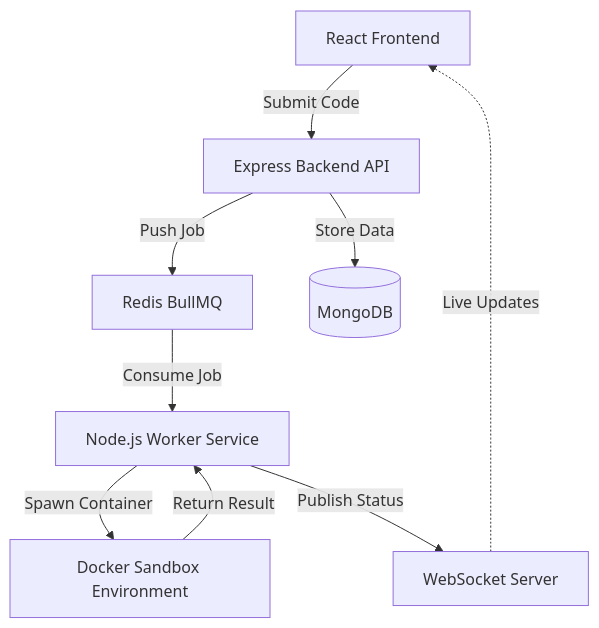
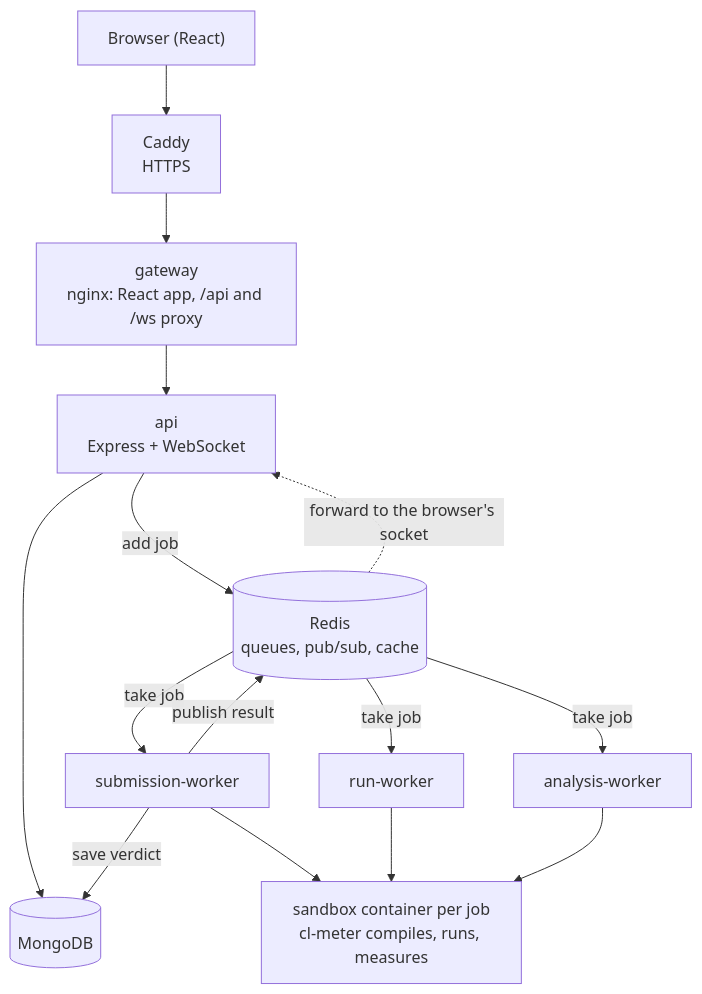
Before and after one commit to iujjwalrai/CodeLeet: the diagram in README.md, drawn with Mermaid. The commit also changed other lines of this file and 1 other file, not shown here.

````diff
--- a/README.md
+++ b/README.md
@@ -32,19 +53,26 @@
 ```mermaid
 graph TD
-    Client["React Frontend"]
-    API["Express Backend API"]
-    Queue["Redis BullMQ"]
-    Worker["Node.js Worker Service"]
-    Docker["Docker Sandbox Environment"]
-    WS["WebSocket Server"]
+    Browser["Browser (React)"]
+    Caddy["Caddy<br/>HTTPS"]
+    Gateway["gateway<br/>nginx: React app, /api and /ws proxy"]
+    API["api<br/>Express + WebSocket"]
+    Redis[("Redis<br/>queues, pub/sub, cache")]
     Mongo[("MongoDB")]
+    SW["submission-worker"]
+    RW["run-worker"]
+    AW["analysis-worker"]
+    Sandbox["sandbox container per job<br/>cl-meter compiles, runs, measures"]
 
-    Client -->|"Submit Code"| API
-    API -->|"Push Job"| Queue
-    Queue -->|"Consume Job"| Worker
-    Worker -->|"Spawn Container"| Docker
-    Docker -->|"Return Result"| Worker
-    Worker -->|"Publish Status"| WS
-    WS -.->|"Live Updates"| Client
-    API -->|"Store Data"| Mongo
+    Browser --> Caddy --> Gateway --> API
+    API --> Mongo
+    API -->|"add job"| Redis
+    Redis -->|"take job"| SW
+    Redis -->|"take job"| RW
+    Redis -->|"take job"| AW
+    SW --> Sandbox
+    RW --> Sandbox
+    AW --> Sandbox
+    SW -->|"save verdict"| Mongo
+    SW -->|"publish result"| Redis
+    Redis -.->|"forward to the browser's socket"| API
 ```
````
